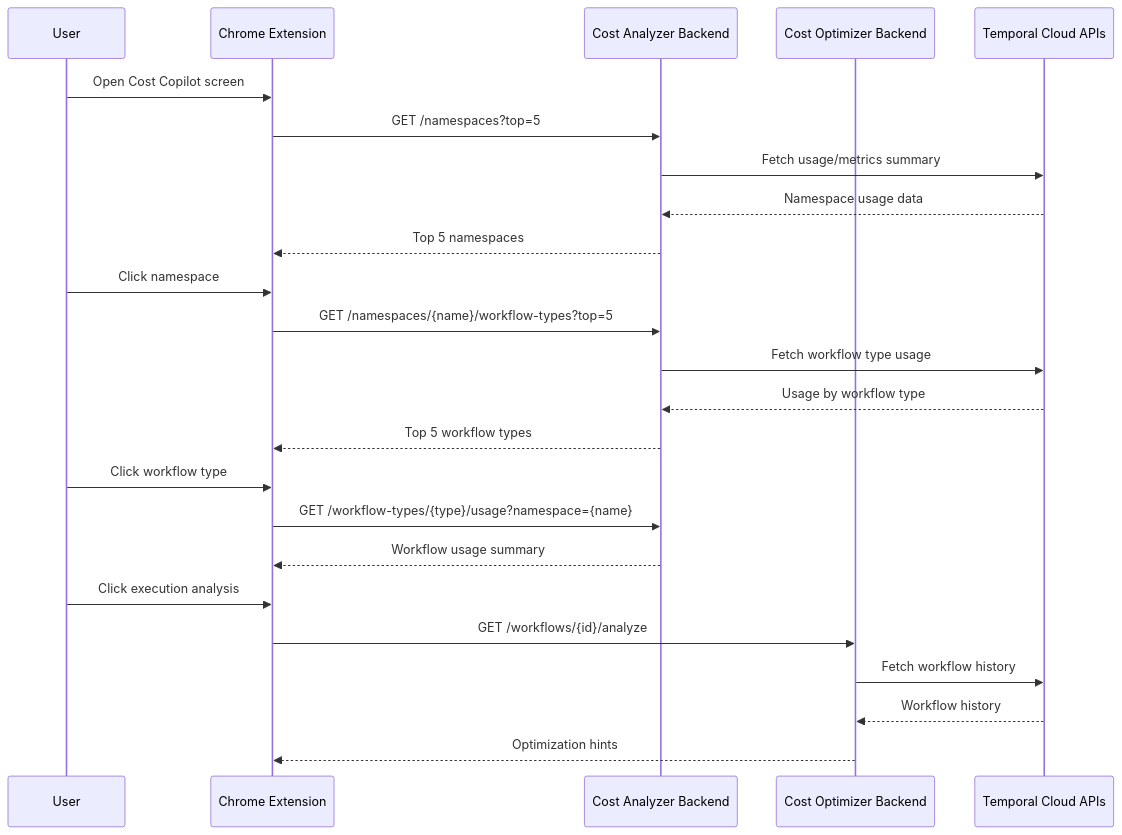
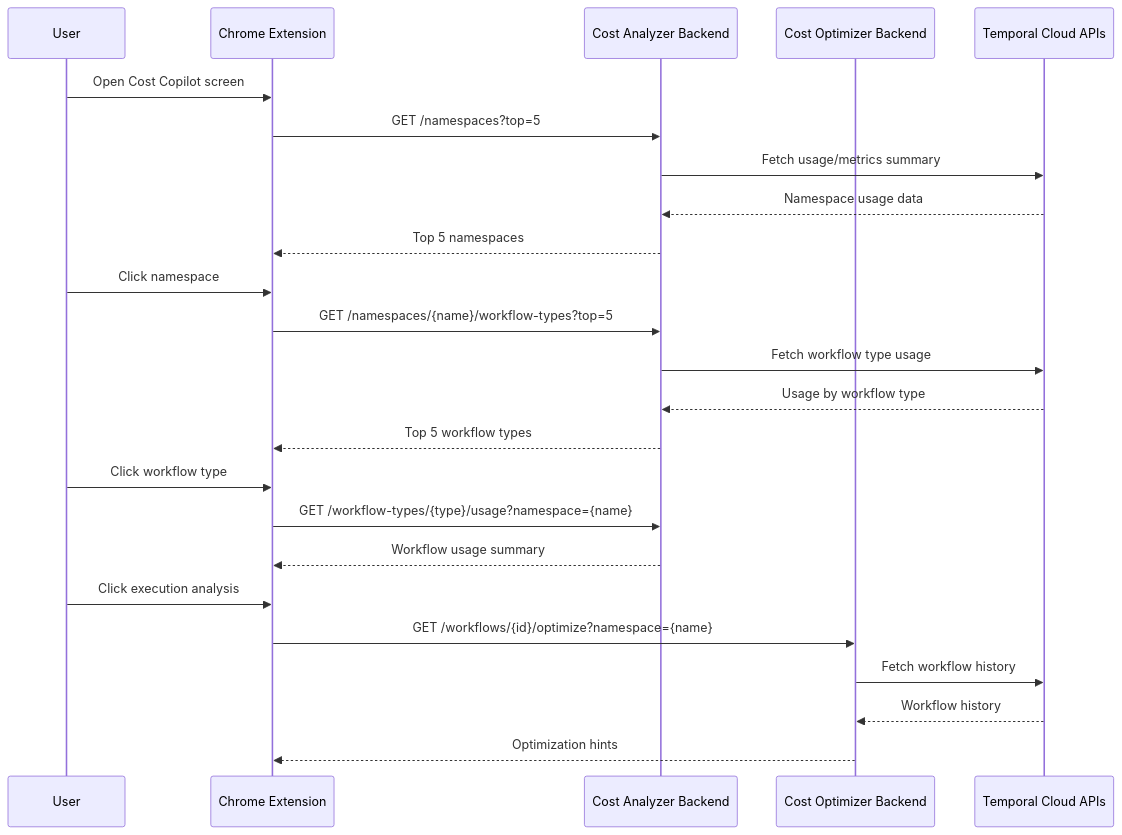
Before and after one commit to vitebski/temporal-cost-optimizer: the second of 3 diagrams in spec.md, drawn with Mermaid. The commit also changed other lines of this file and 14 other files, not shown here.

````diff
--- a/spec.md
+++ b/spec.md
@@ -151,30 +151,30 @@
 ```mermaid
 sequenceDiagram
   participant User
   participant Ext as Chrome Extension
   participant An as Cost Analyzer Backend
   participant Op as Cost Optimizer Backend
   participant Tc as Temporal Cloud APIs
 
   User->>Ext: Open Cost Copilot screen
   Ext->>An: GET /namespaces?top=5
   An->>Tc: Fetch usage/metrics summary
   Tc-->>An: Namespace usage data
   An-->>Ext: Top 5 namespaces
 
   User->>Ext: Click namespace
   Ext->>An: GET /namespaces/{name}/workflow-types?top=5
   An->>Tc: Fetch workflow type usage
   Tc-->>An: Usage by workflow type
   An-->>Ext: Top 5 workflow types
 
   User->>Ext: Click workflow type
   Ext->>An: GET /workflow-types/{type}/usage?namespace={name}
   An-->>Ext: Workflow usage summary
 
   User->>Ext: Click execution analysis
-  Ext->>Op: GET /workflows/{id}/analyze
+  Ext->>Op: GET /workflows/{id}/optimize?namespace={name}
   Op->>Tc: Fetch workflow history
   Tc-->>Op: Workflow history
   Op-->>Ext: Optimization hints
 ```
````
